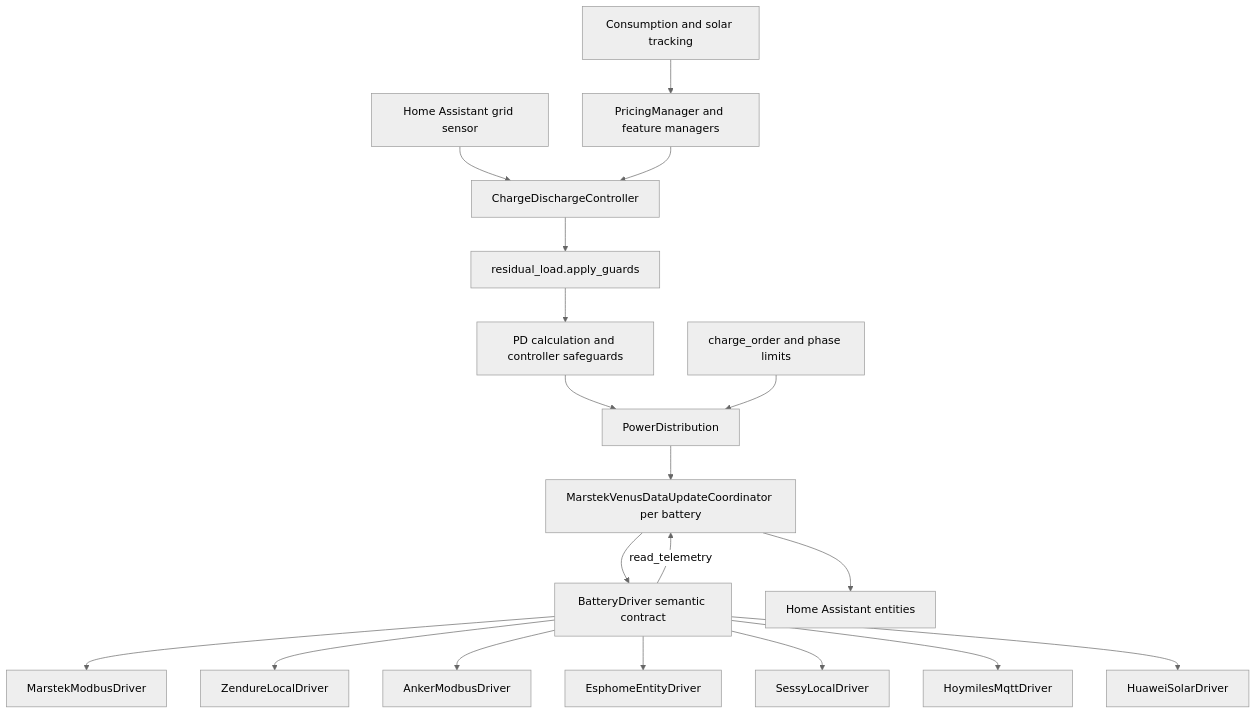
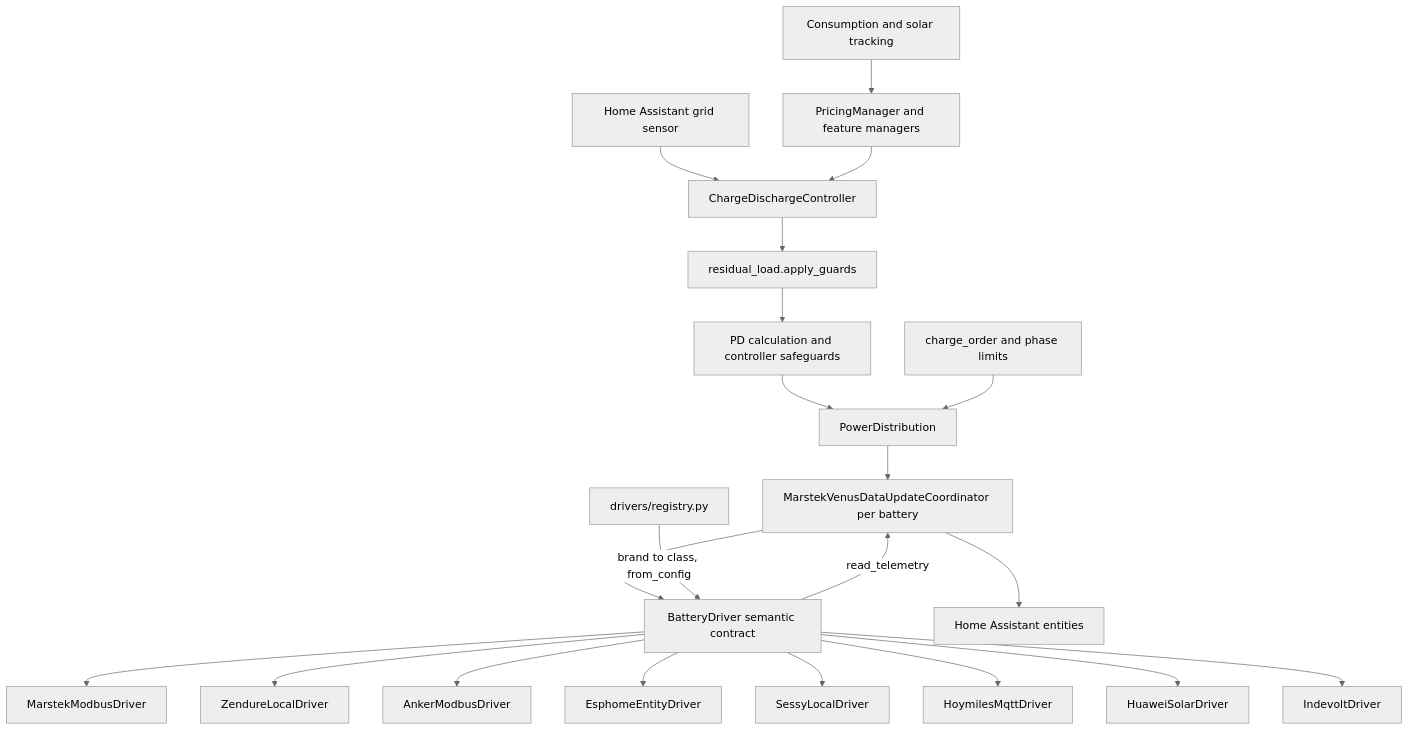
Before and after one commit to ffunes/Omnibattery: the diagram in site-docs/reference/architecture.es.md, drawn with Mermaid (neutral theme). The commit also changed other lines of this file and 4 other files, not shown here.

First line of the commit message:
refactor(drivers): T8.2 driver guide, architecture and changelog

````diff
--- a/site-docs/reference/architecture.es.md
+++ b/site-docs/reference/architecture.es.md
@@ -11,24 +11,26 @@
 ```mermaid
 flowchart TD
     GRID[Home Assistant grid sensor] --> CTRL[ChargeDischargeController]
     PRICE[PricingManager and feature managers] --> CTRL
     TRACK[Consumption and solar tracking] --> PRICE
 
     CTRL --> GUARDS[residual_load.apply_guards]
     GUARDS --> PD[PD calculation and controller safeguards]
     PD --> DIST[PowerDistribution]
     ORDER[charge_order and phase limits] --> DIST
 
     DIST --> COORD[MarstekVenusDataUpdateCoordinator per battery]
     COORD --> DRIVER[BatteryDriver semantic contract]
     DRIVER --> M[MarstekModbusDriver]
     DRIVER --> Z[ZendureLocalDriver]
     DRIVER --> A[AnkerModbusDriver]
     DRIVER --> E[EsphomeEntityDriver]
     DRIVER --> S[SessyLocalDriver]
     DRIVER --> Y[HoymilesMqttDriver]
     DRIVER --> H[HuaweiSolarDriver]
+    DRIVER --> I[IndevoltDriver]
+    REG[drivers/registry.py] -->|brand to class, from_config| DRIVER
 
     DRIVER -->|read_telemetry| COORD
     COORD --> ENT[Home Assistant entities]
 ```
````
